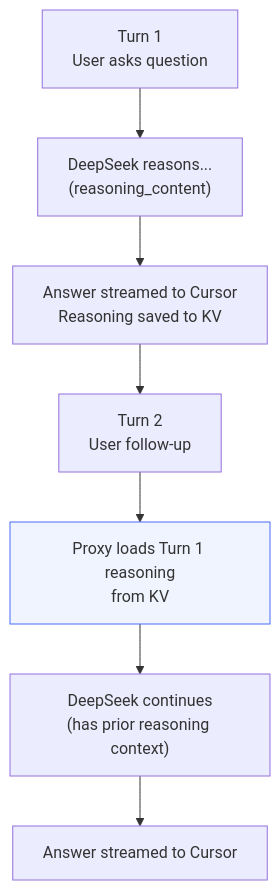
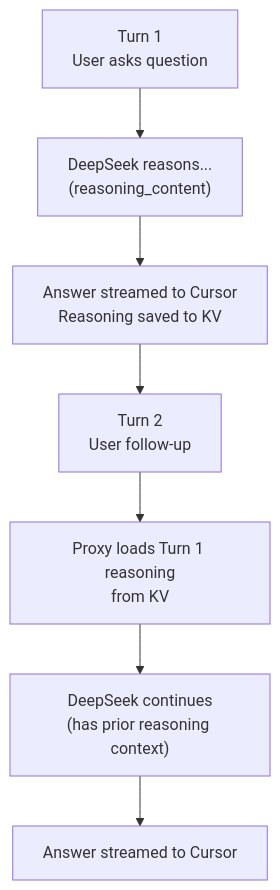
The third of 4 diagrams in doc/deepseek-kimi-minimax.md (lqdflying/cursorProxy), drawn with Mermaid before and after one commit. The commit also changed 7 other files, not shown here.

````diff
--- a/doc/deepseek-kimi-minimax.md
+++ b/doc/deepseek-kimi-minimax.md
@@ -85,15 +85,13 @@
 ```mermaid
 flowchart TD
     T1["Turn 1\nUser asks question"]
     R1["DeepSeek reasons...\n(reasoning_content)"]
     C1["Answer streamed to Cursor\nReasoning saved to KV"]
 
     T2["Turn 2\nUser follow-up"]
     L1["Proxy loads Turn 1 reasoning\nfrom KV"]
     R2["DeepSeek continues\n(has prior reasoning context)"]
     C2["Answer streamed to Cursor"]
 
     T1 --> R1 --> C1 --> T2 --> L1 --> R2 --> C2
-
-    style L1 fill:#f0f4ff,stroke:#4a6cf7
 ```
````
